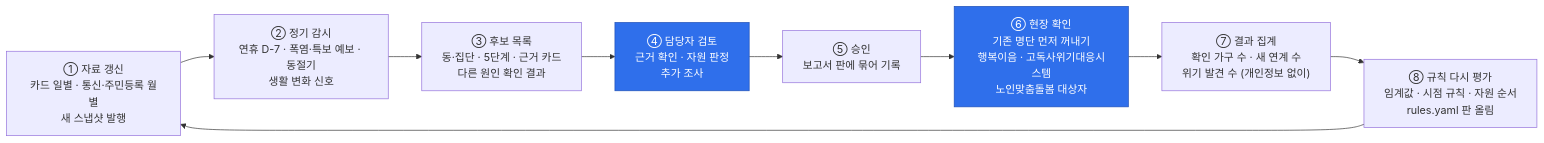
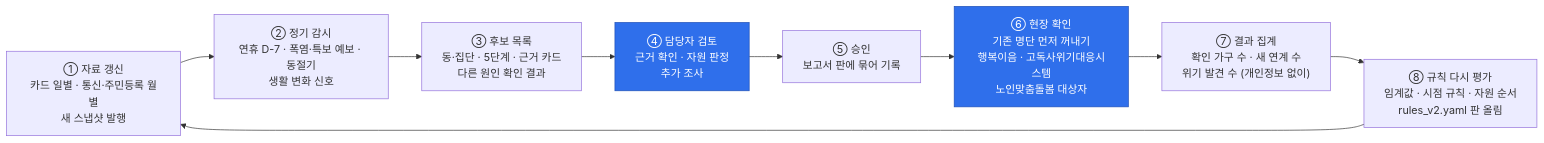
One commit to taeyeon715/BigDataContest_social-isolation-LINK-Radar changed the diagram in docs/대응_체계.md. Above: the diagram before and after it, drawn with Mermaid. The commit also changed other lines of this file and 8 other files, not shown here.

````diff
--- a/docs/대응_체계.md
+++ b/docs/대응_체계.md
@@ -152,13 +152,13 @@
 ```mermaid
 flowchart LR
     A["① 자료 갱신<br/>카드 일별 · 통신·주민등록 월별<br/>새 스냅샷 발행"] --> B["② 정기 감시<br/>연휴 D-7 · 폭염·특보 예보 · 동절기<br/>생활 변화 신호"]
     B --> C["③ 후보 목록<br/>동·집단 · 5단계 · 근거 카드<br/>다른 원인 확인 결과"]
     C --> D["④ 담당자 검토<br/>근거 확인 · 자원 판정<br/>추가 조사"]
     D --> E["⑤ 승인<br/>보고서 판에 묶어 기록"]
     E --> F["⑥ 현장 확인<br/>기존 명단 먼저 꺼내기<br/>행복이음 · 고독사위기대응시스템<br/>노인맞춤돌봄 대상자"]
     F --> G["⑦ 결과 집계<br/>확인 가구 수 · 새 연계 수<br/>위기 발견 수 (개인정보 없이)"]
-    G --> H["⑧ 규칙 다시 평가<br/>임계값 · 시점 규칙 · 자원 순서<br/>rules.yaml 판 올림"]
+    G --> H["⑧ 규칙 다시 평가<br/>임계값 · 시점 규칙 · 자원 순서<br/>rules_v2.yaml 판 올림"]
     H --> A
     style D fill:#2F6FEB,color:#fff,stroke:#1f4fb5
     style F fill:#2F6FEB,color:#fff,stroke:#1f4fb5
 ```
````
